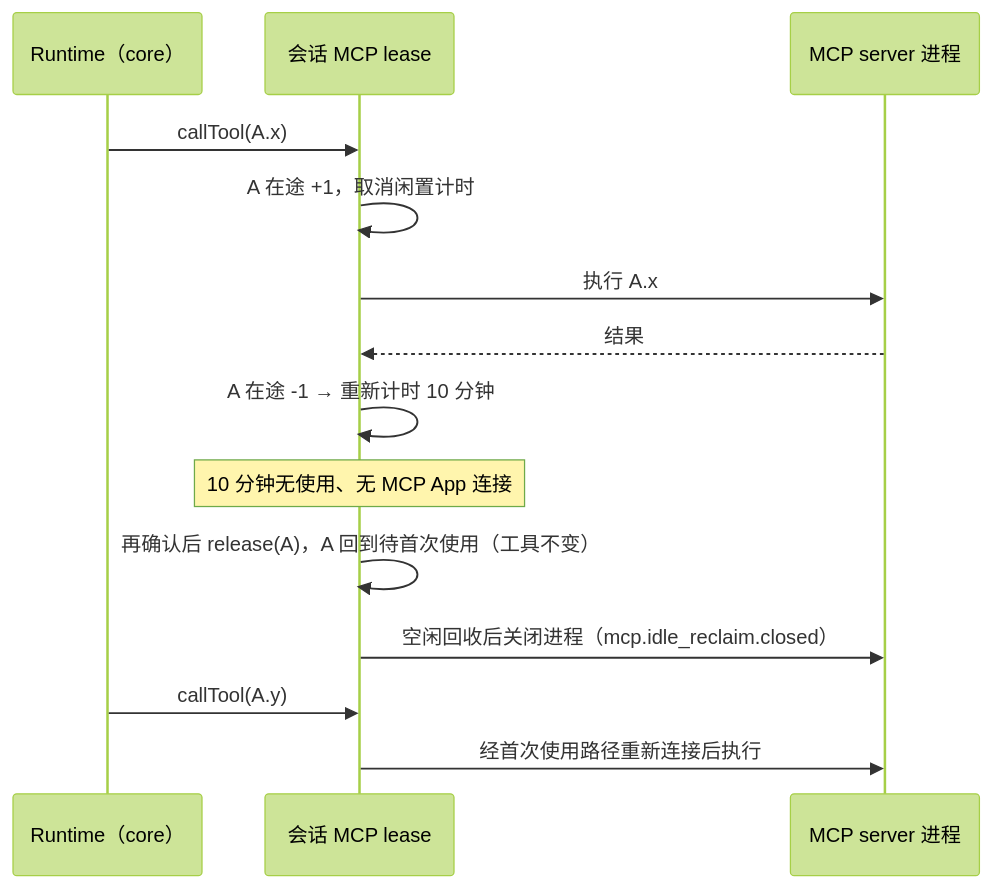
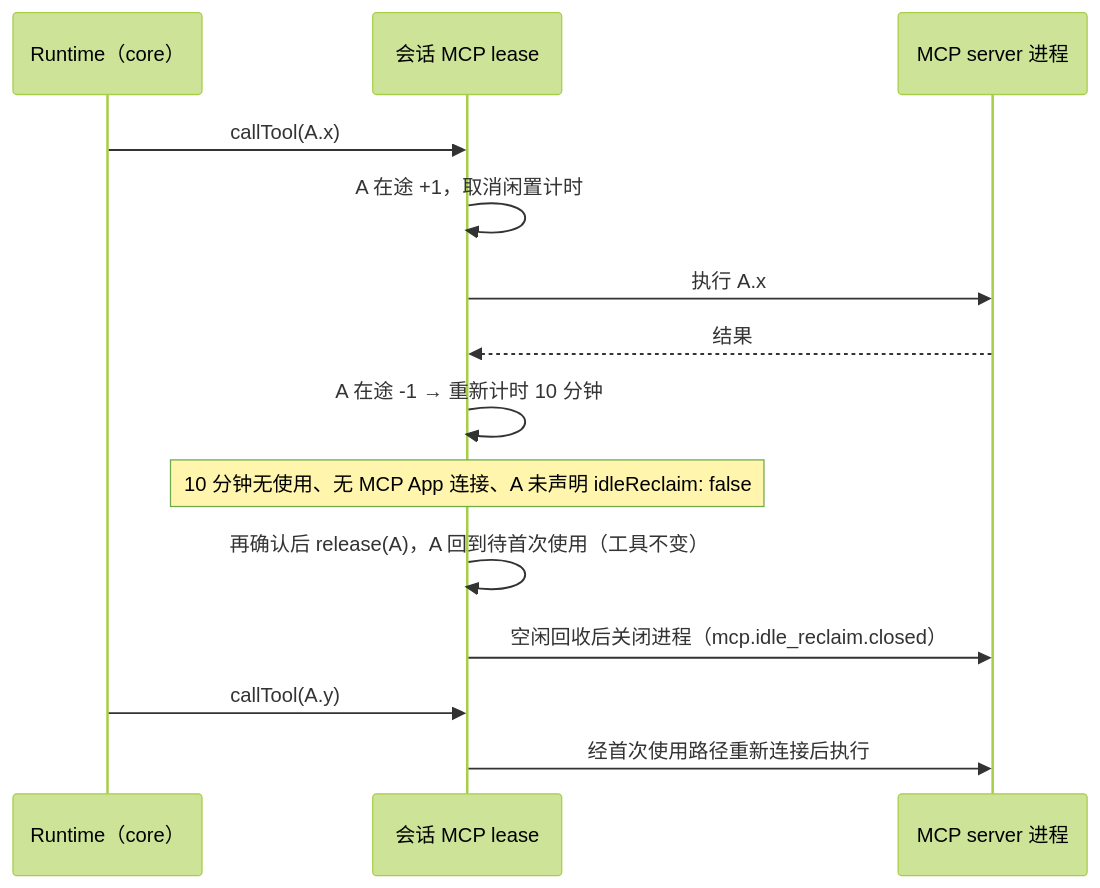
Before and after one commit to OpenX123/ZCode: the second of 2 diagrams in docs/desktop/engine-performance-1.1-spec.md, drawn with Mermaid (forest theme). The commit also changed other lines of this file and 11 other files, not shown here.

````diff
--- a/docs/desktop/engine-performance-1.1-spec.md
+++ b/docs/desktop/engine-performance-1.1-spec.md
@@ -75,16 +76,16 @@
 ```mermaid
 sequenceDiagram
   participant RT as Runtime（core）
   participant L as 会话 MCP lease
   participant S as MCP server 进程
   RT->>L: callTool(A.x)
   L->>L: A 在途 +1，取消闲置计时
   L->>S: 执行 A.x
   S-->>L: 结果
   L->>L: A 在途 -1 → 重新计时 10 分钟
-  Note over L: 10 分钟无使用、无 MCP App 连接
+  Note over L: 10 分钟无使用、无 MCP App 连接、A 未声明 idleReclaim: false
   L->>L: 再确认后 release(A)，A 回到待首次使用（工具不变）
   L->>S: 空闲回收后关闭进程（mcp.idle_reclaim.closed）
   RT->>L: callTool(A.y)
   L->>S: 经首次使用路径重新连接后执行
 ```
````
